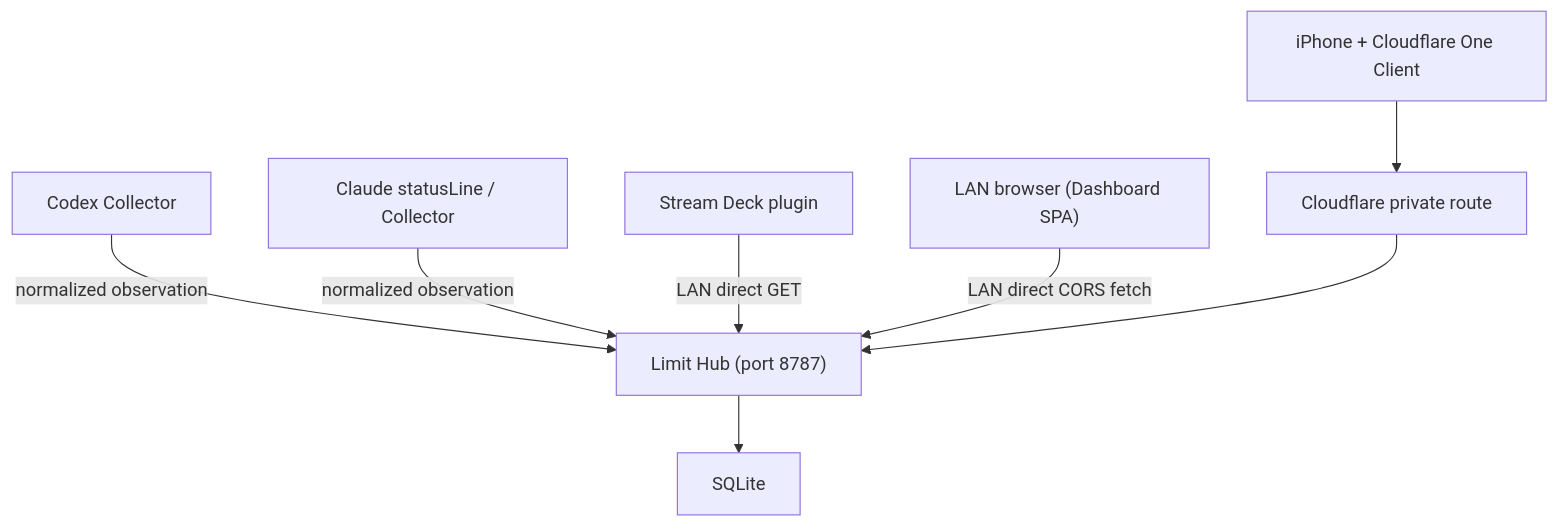
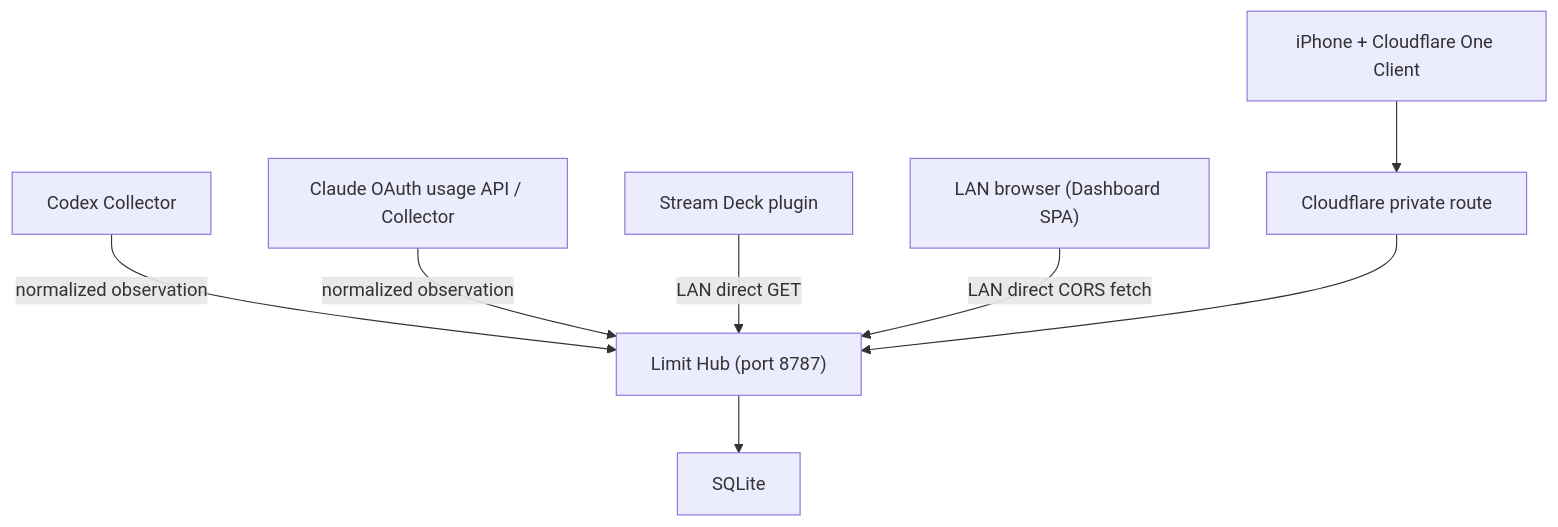
Before and after one commit to koh110/limit-monitor: the diagram in docs/architecture.md, drawn with Mermaid. The commit also changed other lines of this file and 19 other files, not shown here.

````diff
--- a/docs/architecture.md
+++ b/docs/architecture.md
@@ -7,10 +7,10 @@
 ```mermaid
 flowchart TD
     C1["Codex Collector"] -->|"normalized observation"| H["Limit Hub (port 8787)"]
-    C2["Claude statusLine / Collector"] -->|"normalized observation"| H
+    C2["Claude OAuth usage API / Collector"] -->|"normalized observation"| H
     H --> DB["SQLite"]
     SD["Stream Deck plugin"] -->|"LAN direct GET"| H
     B["LAN browser (Dashboard SPA)"] -->|"LAN direct CORS fetch"| H
     IP["iPhone + Cloudflare One Client"] --> PR["Cloudflare private route"]
     PR --> H
 ```
````
